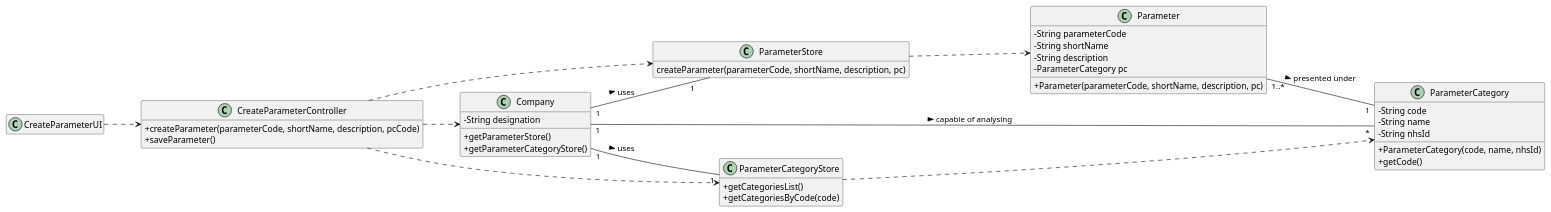
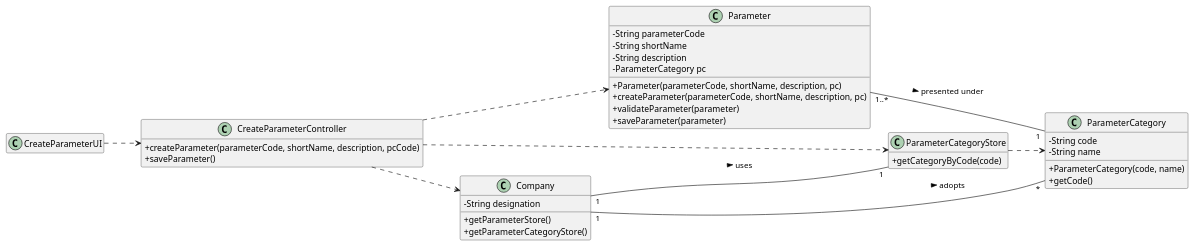
Before and after one commit to ana-albergaria/LAPR2-ISEP: the diagram in docs/SprintB/US_10/US10_CD.puml, drawn with PlantUML. The commit also changed 22 other files, not shown here.

Commit message:
Corrected US11 and US10 Diagrams, Corrected US11 Code and Finished US10 Code.

```diff
--- a/docs/SprintB/US_10/US10_CD.puml
+++ b/docs/SprintB/US_10/US10_CD.puml
@@ -1,64 +1,54 @@
 @startuml
 hide empty methods
 hide empty attributes
 left to right direction
 skinparam classAttributeIconSize 0
 
-'class UserSession{
-  '+getUserPhoneNumber()
-'}
-
 class ParameterCategoryStore {
-    +getCategoriesList()
-    +getCategoriesByCode(code)
-}
-
-class ParameterStore {
-    createParameter(parameterCode, shortName, description, pc)
+    +getCategoryByCode(code)
 }
 
 class Parameter {
   -String parameterCode
   -String shortName
   -String description
   -ParameterCategory pc
   +Parameter(parameterCode, shortName, description, pc)
+  +createParameter(parameterCode, shortName, description, pc)
+  +validateParameter(parameter)
+  +saveParameter(parameter)
 }
 
 class ParameterCategory {
    -String code
    -String name
-   -String nhsId
-   +ParameterCategory(code, name, nhsId)
+   +ParameterCategory(code, name)
    +getCode()
 }
 
 class Company {
   -String designation
   +getParameterStore()
   +getParameterCategoryStore()
 }
 
 class CreateParameterController {
   +createParameter(parameterCode, shortName, description, pcCode)
   +saveParameter()
 }
 
 class CreateParameterUI {
 
 }
 
 CreateParameterUI ..> CreateParameterController
-CreateParameterController ..> ParameterStore
 CreateParameterController ..> Company
 CreateParameterController ..> ParameterCategoryStore
-ParameterStore ..> Parameter
+CreateParameterController ..> Parameter
 ParameterCategoryStore ..> ParameterCategory
-Company "1" -- "1" ParameterStore : uses >
 Company "1" -- "1" ParameterCategoryStore : uses >
-Company "1" -- "*" ParameterCategory : capable of analysing >
+Company "1" -- "*" ParameterCategory : adopts >
 Parameter "1..*" -- "1" ParameterCategory : presented under >
-'CreateParameterController ..> UserSession
 
 
 @enduml
```
